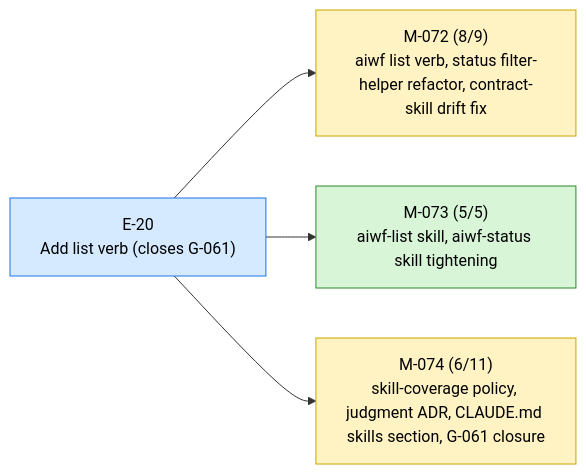
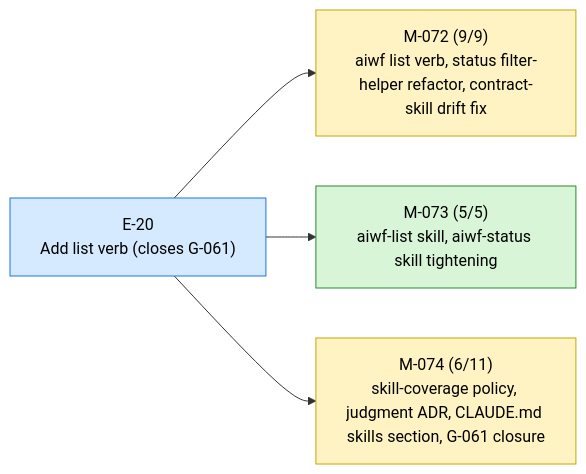
One commit to 23min/aiwf changed the first of 2 diagrams in STATUS.md. Above: the diagram before and after it, drawn with Mermaid. The commit also changed other lines of this file and 1 other file, not shown here.

First line of the commit message:
aiwf promote M-072/AC-8 open -> met

````diff
--- a/STATUS.md
+++ b/STATUS.md
@@ -13,16 +13,16 @@
 ```mermaid
 flowchart LR
   E_20["E-20<br/>Add list verb (closes G-061)"]:::epic_active
-  M_072["M-072 (8/9)<br/>aiwf list verb, status filter-helper refactor, contract-skill drift fix"]:::ms_in_progress
+  M_072["M-072 (9/9)<br/>aiwf list verb, status filter-helper refactor, contract-skill drift fix"]:::ms_in_progress
   E_20 --> M_072
   M_073["M-073 (5/5)<br/>aiwf-list skill, aiwf-status skill tightening"]:::ms_done
   E_20 --> M_073
   M_074["M-074 (6/11)<br/>skill-coverage policy, judgment ADR, CLAUDE.md skills section, G-061 closure"]:::ms_in_progress
   E_20 --> M_074
   classDef epic_active fill:#d6eaff,stroke:#1a73e8,color:#000
   classDef epic_proposed fill:#f4f4f4,stroke:#888,color:#000
   classDef ms_done fill:#d8f5d8,stroke:#2a8a2a,color:#000
   classDef ms_in_progress fill:#fff3c4,stroke:#caa400,color:#000
   classDef ms_draft fill:#f4f4f4,stroke:#888,color:#000
   classDef ms_cancelled fill:#fbeaea,stroke:#c33,color:#000
 ```
````
